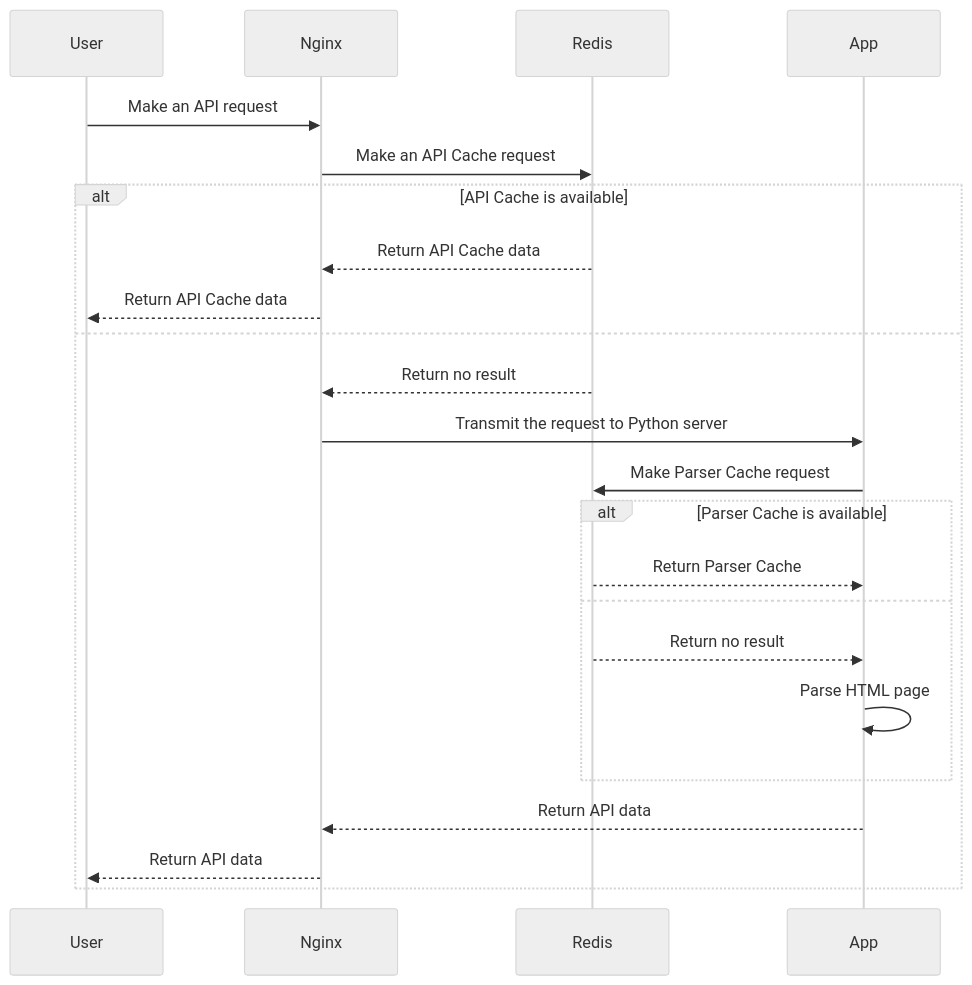
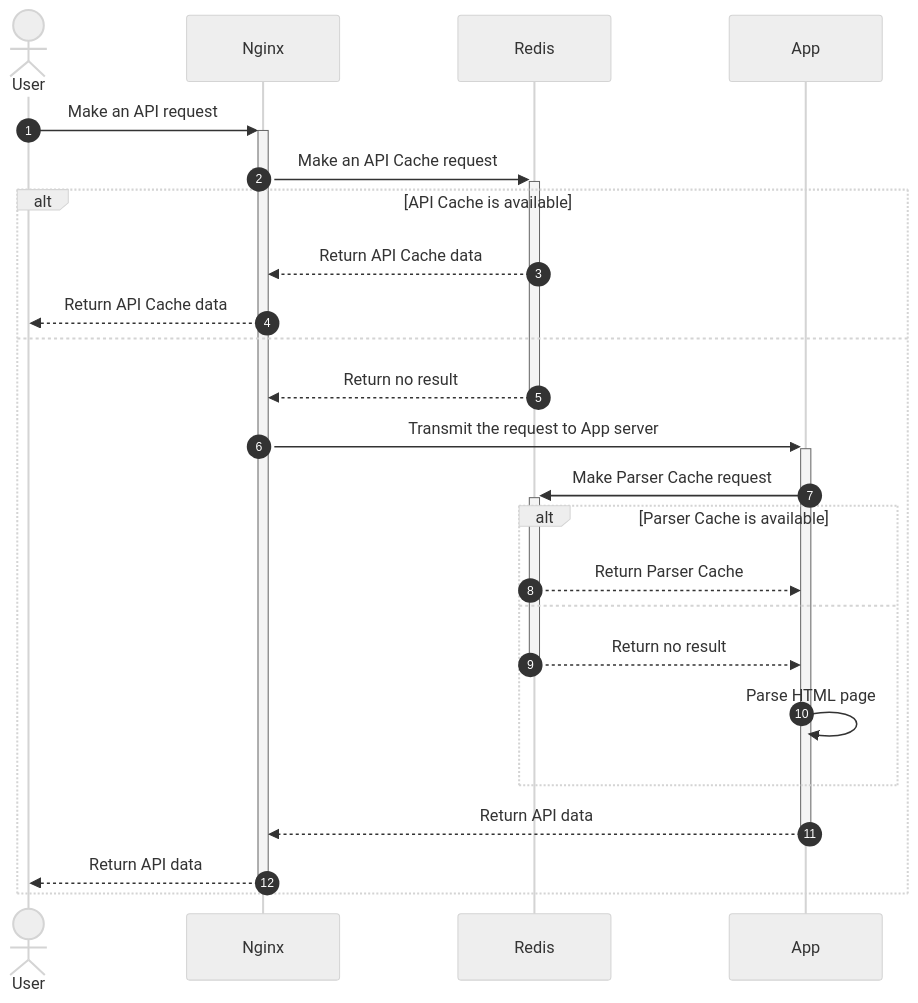
Before and after one commit to TeKrop/overfast-api: the first of 3 diagrams in README.md, drawn with Mermaid (neutral theme). The commit also changed other lines of this file, not shown here.

Commit message:
Update Mermaid diagrams

````diff
--- a/README.md
+++ b/README.md
@@ -182,22 +182,27 @@
 ```mermaid
 sequenceDiagram
-    participant User
-    User->>Nginx: Make an API request
-    Nginx->>Redis: Make an API Cache request
+    autonumber
+    actor User
+    participant Nginx
+    participant Redis
+    participant App
+    User->>+Nginx: Make an API request
+    Nginx->>+Redis: Make an API Cache request
     alt API Cache is available
         Redis-->>Nginx: Return API Cache data
         Nginx-->>User: Return API Cache data
     else
-        Redis-->>Nginx: Return no result
-        Nginx->>App: Transmit the request to Python server
-        App->>Redis: Make Parser Cache request
+        Redis-->>-Nginx: Return no result
+        Nginx->>+App: Transmit the request to App server
+        App->>+Redis: Make Parser Cache request
         alt Parser Cache is available
             Redis-->>App: Return Parser Cache
         else
-            Redis-->>App: Return no result
+            Redis-->>-App: Return no result
             App->>App: Parse HTML page
         end
-        App-->>Nginx: Return API data
-        Nginx-->>User: Return API data
+        App-->>-Nginx: Return API data
+        Nginx-->>-User: Return API data
     end
+
 ```
````
